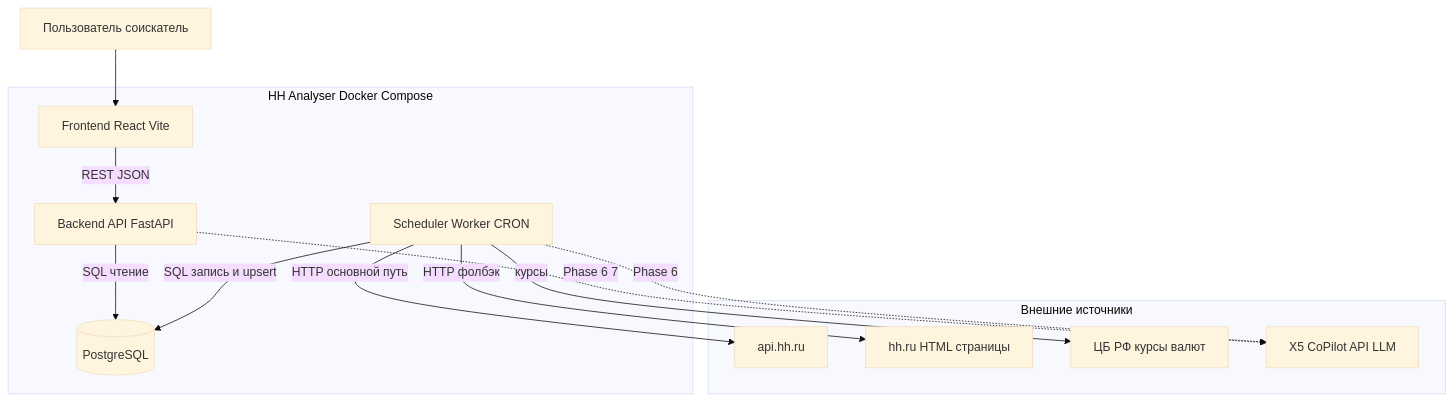
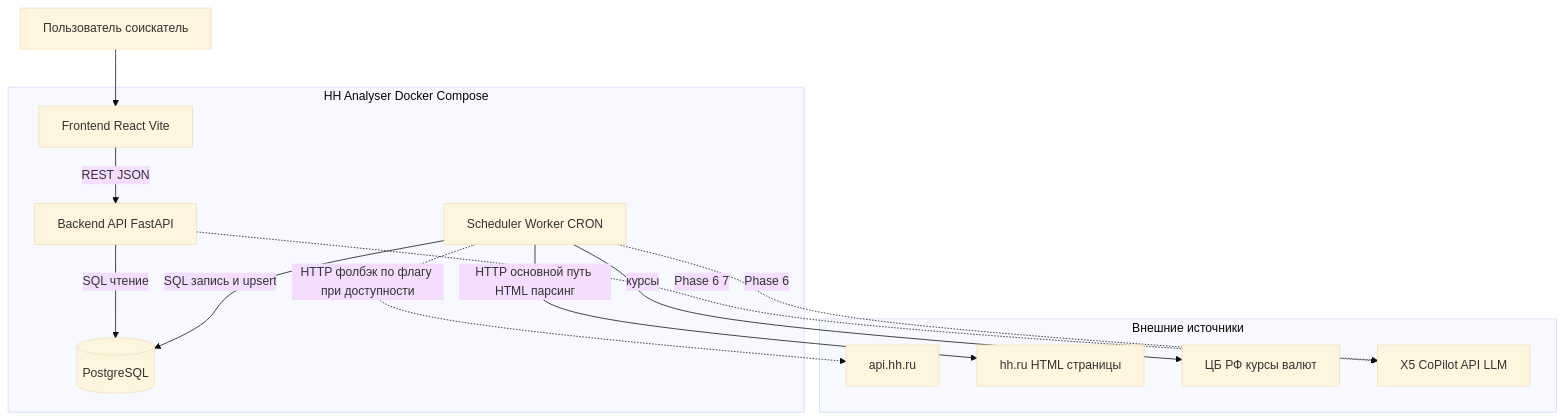
Before and after one commit to kemberl1/hh_analyser: the first of 6 diagrams in docs/02-architecture.md, drawn with Mermaid (base theme). The commit also changed other lines of this file and 7 other files, not shown here.

````diff
--- a/docs/02-architecture.md
+++ b/docs/02-architecture.md
@@ -17,26 +17,26 @@
 ```mermaid
 flowchart TB
     subgraph External [Внешние источники]
         HHAPI[api.hh.ru]
         HHWEB[hh.ru HTML страницы]
         CBR[ЦБ РФ курсы валют]
         LLM[X5 CoPilot API LLM]
     end
 
     subgraph App [HH Analyser Docker Compose]
         FE[Frontend React Vite]
         API[Backend API FastAPI]
         SCHED[Scheduler Worker CRON]
         DB[(PostgreSQL)]
     end
 
     USER[Пользователь соискатель] --> FE
     FE -->|REST JSON| API
     API -->|SQL чтение| DB
     SCHED -->|SQL запись и upsert| DB
-    SCHED -->|HTTP основной путь| HHAPI
-    SCHED -->|HTTP фолбэк| HHWEB
+    SCHED -->|HTTP основной путь HTML парсинг| HHWEB
+    SCHED -.->|HTTP фолбэк по флагу при доступности| HHAPI
     SCHED -->|курсы| CBR
     API -.->|Phase 6 7| LLM
     SCHED -.->|Phase 6| LLM
 ```
````
